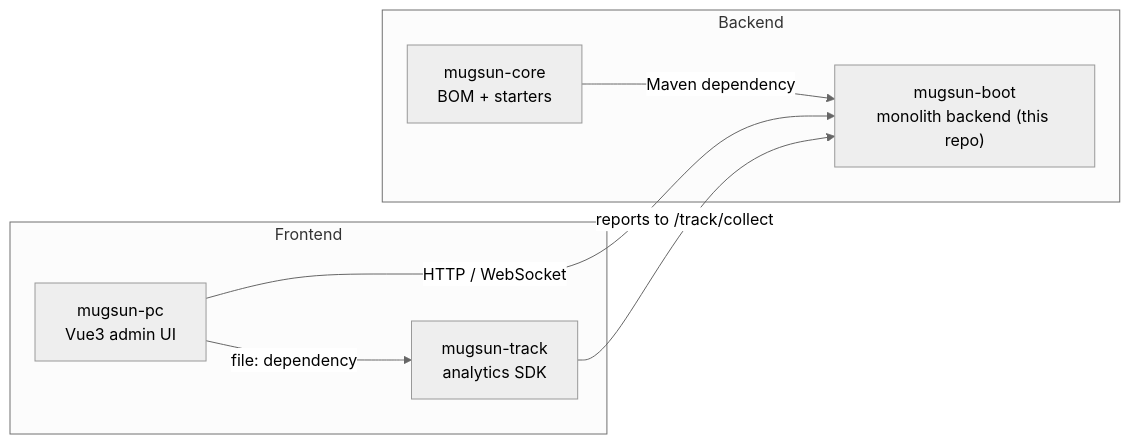
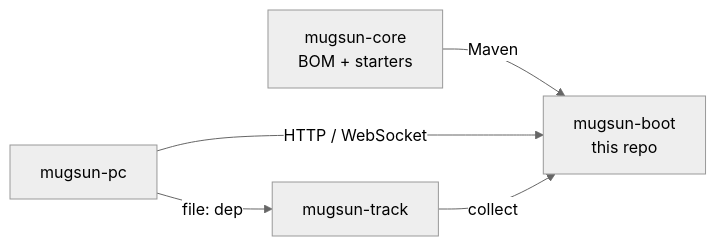
Before and after one commit to mugsun/mugsun-boot: the diagram in README_EN.md, drawn with Mermaid (neutral theme). The commit also changed other lines of this file and 1 other file, not shown here.

````diff
--- a/README_EN.md
+++ b/README_EN.md
@@ -39,15 +90,7 @@
 ```mermaid
 graph LR
-    subgraph Frontend
-        PC["mugsun-pc<br/>Vue3 admin UI"]
-        TRACK["mugsun-track<br/>analytics SDK"]
-    end
-    subgraph Backend
-        BOOT["mugsun-boot<br/>monolith backend (this repo)"]
-        CORE["mugsun-core<br/>BOM + starters"]
-    end
-    CORE -->|Maven dependency| BOOT
-    PC -->|file: dependency| TRACK
-    PC -->|HTTP / WebSocket| BOOT
-    TRACK -->|reports to /track/collect| BOOT
+  CORE["mugsun-core<br/>BOM + starters"] -->|Maven| BOOT["mugsun-boot<br/>this repo"]
+  PC["mugsun-pc"] -->|HTTP / WebSocket| BOOT
+  TRACK["mugsun-track"] -->|collect| BOOT
+  PC -->|file: dep| TRACK
 ```
````
